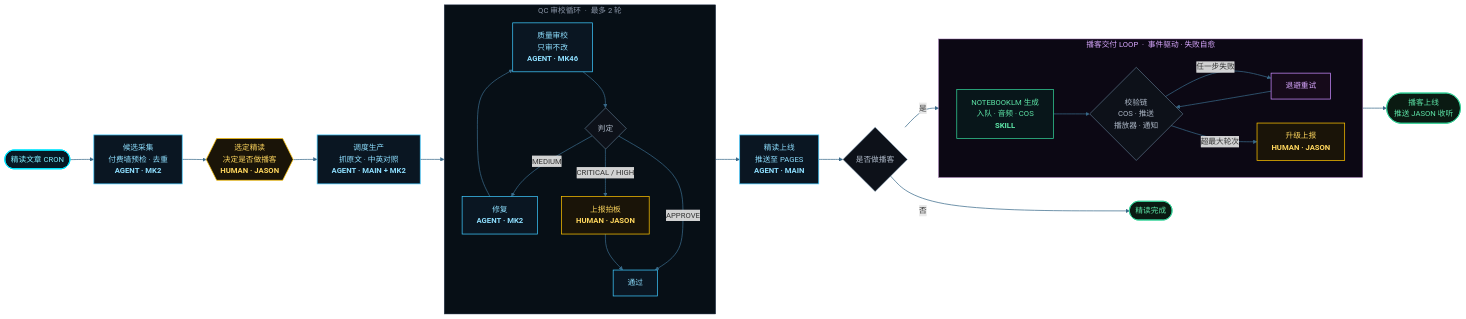
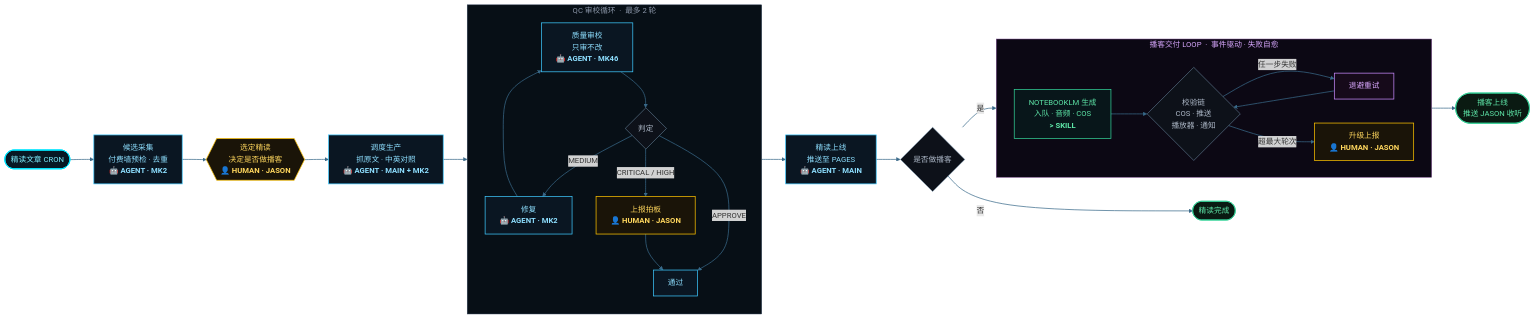
One commit to dongbocui-maker/ai-daily changed the diagram in docs/reads-podcast-flow-v2.mmd. Above: the diagram before and after it, drawn with Mermaid. The commit also changed 2 other files, not shown here.

Commit message:
feat(agents): 流程图高清重绘(3x/9998px) + Agent🤖/Human👤图标辨识度

```diff
--- a/docs/reads-podcast-flow-v2.mmd
+++ b/docs/reads-podcast-flow-v2.mmd
@@ -1,56 +1,56 @@
 flowchart LR
     Start(["精读文章 CRON"]) --> MK2
 
-    MK2["候选采集<br/>付费墙预检 · 去重<br/><b>AGENT · MK2</b>"] --> JASON1
+    MK2["候选采集<br/>付费墙预检 · 去重<br/><b>🤖 AGENT · MK2</b>"] --> JASON1
 
-    JASON1{{"选定精读<br/>决定是否做播客<br/><b>HUMAN · JASON</b>"}} --> MAIN
+    JASON1{{"选定精读<br/>决定是否做播客<br/><b>👤 HUMAN · JASON</b>"}} --> MAIN
 
-    MAIN["调度生产<br/>抓原文 · 中英对照<br/><b>AGENT · MAIN + MK2</b>"] --> QC
+    MAIN["调度生产<br/>抓原文 · 中英对照<br/><b>🤖 AGENT · MAIN + MK2</b>"] --> QC
 
     subgraph QC["QC 审校循环 &nbsp;·&nbsp; 最多 2 轮"]
         direction TB
-        MK46["质量审校<br/>只审不改<br/><b>AGENT · MK46</b>"] --> V{"判定"}
+        MK46["质量审校<br/>只审不改<br/><b>🤖 AGENT · MK46</b>"] --> V{"判定"}
         V -->|"APPROVE"| OK1["通过"]
-        V -->|"MEDIUM"| FIXQC["修复<br/><b>AGENT · MK2</b>"]
+        V -->|"MEDIUM"| FIXQC["修复<br/><b>🤖 AGENT · MK2</b>"]
         FIXQC --> MK46
-        V -->|"CRITICAL / HIGH"| ESC1["上报拍板<br/><b>HUMAN · JASON</b>"]
+        V -->|"CRITICAL / HIGH"| ESC1["上报拍板<br/><b>👤 HUMAN · JASON</b>"]
         ESC1 --> OK1
     end
 
-    QC --> PUB["精读上线<br/>推送至 PAGES<br/><b>AGENT · MAIN</b>"]
+    QC --> PUB["精读上线<br/>推送至 PAGES<br/><b>🤖 AGENT · MAIN</b>"]
 
     PUB --> BR{"是否做播客"}
     BR -->|"否"| END1(["精读完成"])
     BR -->|"是"| LOOP
 
     subgraph LOOP["播客交付 LOOP &nbsp;·&nbsp; 事件驱动 · 失败自愈"]
         direction LR
-        NBLM["NOTEBOOKLM 生成<br/>入队 · 音频 · COS<br/><b>SKILL</b>"] --> CHK{"校验链<br/>COS · 推送<br/>播放器 · 通知"}
+        NBLM["NOTEBOOKLM 生成<br/>入队 · 音频 · COS<br/><b>&gt; SKILL</b>"] --> CHK{"校验链<br/>COS · 推送<br/>播放器 · 通知"}
         CHK -->|"任一步失败"| RETRY["退避重试"]
         RETRY --> CHK
-        CHK -->|"超最大轮次"| ESC2["升级上报<br/><b>HUMAN · JASON</b>"]
+        CHK -->|"超最大轮次"| ESC2["升级上报<br/><b>👤 HUMAN · JASON</b>"]
     end
 
     LOOP --> END2(["播客上线<br/>推送 JASON 收听"])
 
     classDef agent fill:#0a1622,stroke:#3FC9FF,stroke-width:1.5px,color:#8edfff
     classDef human fill:#1a1408,stroke:#FFC400,stroke-width:1.5px,color:#ffd75e
     classDef skill fill:#08161a,stroke:#34d399,stroke-width:1.5px,color:#5ee6a8
     classDef loopn fill:#160a1a,stroke:#c98bff,stroke-width:1.5px,color:#d9a8ff
     classDef done fill:#0a1a12,stroke:#34d399,stroke-width:1.5px,color:#5ee6a8
     classDef esc fill:#1a0a0c,stroke:#ff5a6a,stroke-width:1.5px,color:#ff8a96
     classDef startn fill:#071824,stroke:#00E5FF,stroke-width:2px,color:#7fefff
     classDef dec fill:#0d1119,stroke:#7a9cb8,color:#aeb9c8
 
     class MK2,MAIN,PUB,OK1,MK46,FIXQC agent
     class JASON1,ESC1,ESC2 human
     class NBLM skill
     class RETRY loopn
     class END1,END2 done
     class Start startn
     class V,BR,CHK dec
 
     linkStyle default stroke:#3a6a8a,stroke-width:1.5px
 
     style QC fill:#070f16,stroke:#28384f,color:#8b96a8
     style LOOP fill:#0c0814,stroke:#7b4a8f,color:#d9a8ff
```
